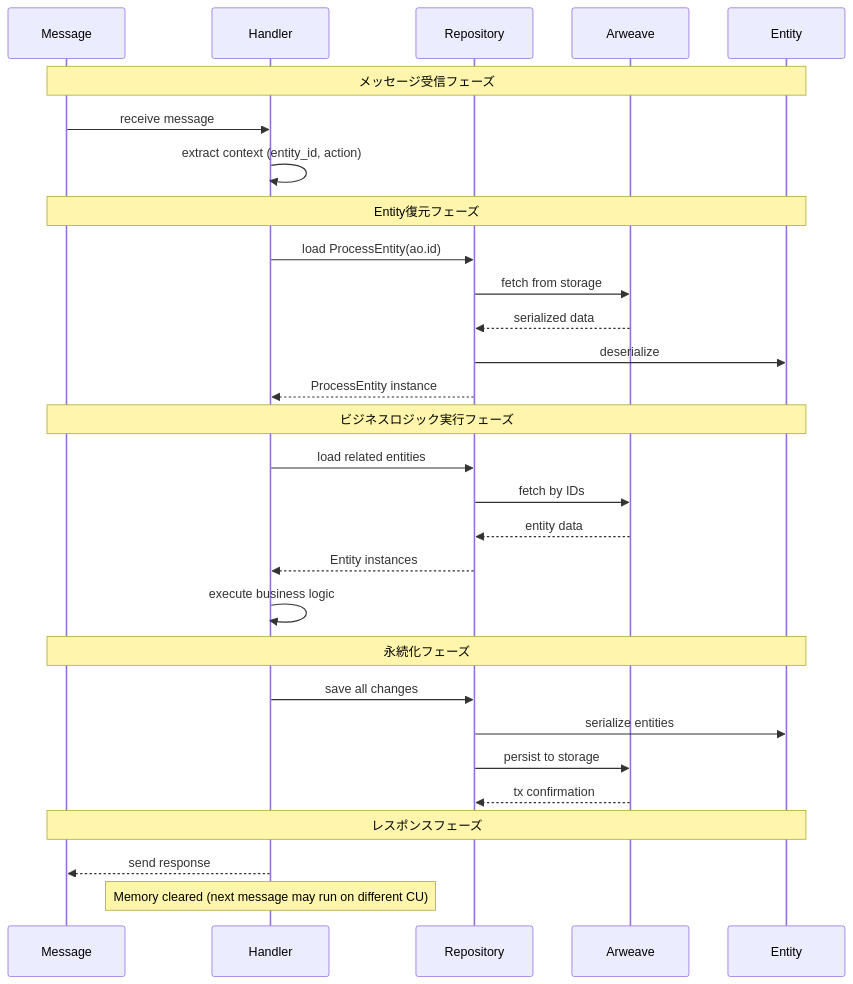
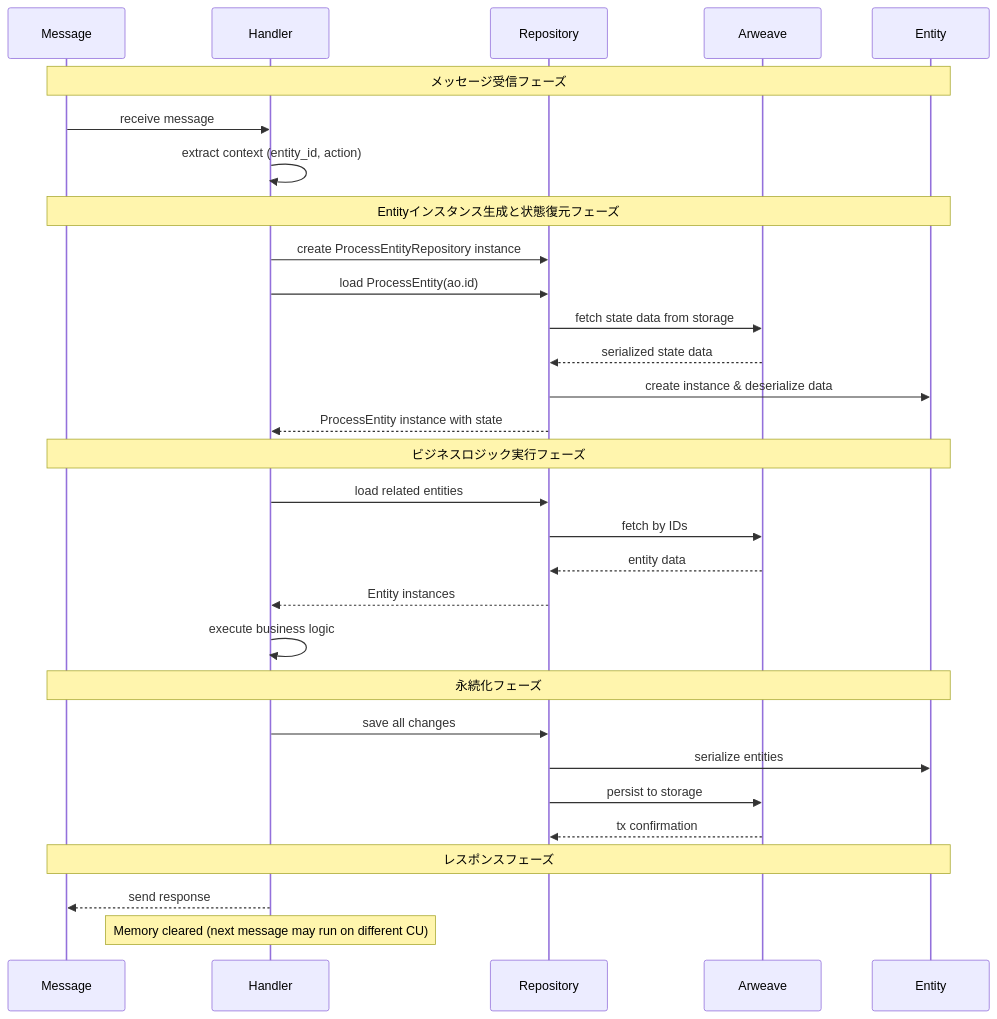
Before and after one commit to shodaimomiyama/D-TPRES: the fourth of 4 diagrams in docs/development/domain/domain_overview.md, drawn with Mermaid. The commit also changed other lines of this file and 2 other files, not shown here.

````diff
--- a/docs/development/domain/domain_overview.md
+++ b/docs/development/domain/domain_overview.md
@@ -219,36 +311,37 @@
 ```mermaid
 sequenceDiagram
     participant M as Message
     participant H as Handler
     participant R as Repository
     participant A as Arweave
     participant E as Entity
     
     Note over M,E: メッセージ受信フェーズ
     M->>H: receive message
     H->>H: extract context (entity_id, action)
     
-    Note over M,E: Entity復元フェーズ
+    Note over M,E: Entityインスタンス生成と状態復元フェーズ
+    H->>R: create ProcessEntityRepository instance
     H->>R: load ProcessEntity(ao.id)
-    R->>A: fetch from storage
-    A-->>R: serialized data
-    R->>E: deserialize
-    R-->>H: ProcessEntity instance
+    R->>A: fetch state data from storage
+    A-->>R: serialized state data
+    R->>E: create instance & deserialize data
+    R-->>H: ProcessEntity instance with state
     
     Note over M,E: ビジネスロジック実行フェーズ
     H->>R: load related entities
     R->>A: fetch by IDs
     A-->>R: entity data
     R-->>H: Entity instances
     H->>H: execute business logic
     
     Note over M,E: 永続化フェーズ
     H->>R: save all changes
     R->>E: serialize entities
     R->>A: persist to storage
     A-->>R: tx confirmation
     
     Note over M,E: レスポンスフェーズ
     H-->>M: send response
     Note over H: Memory cleared (next message may run on different CU)
 ```
````
